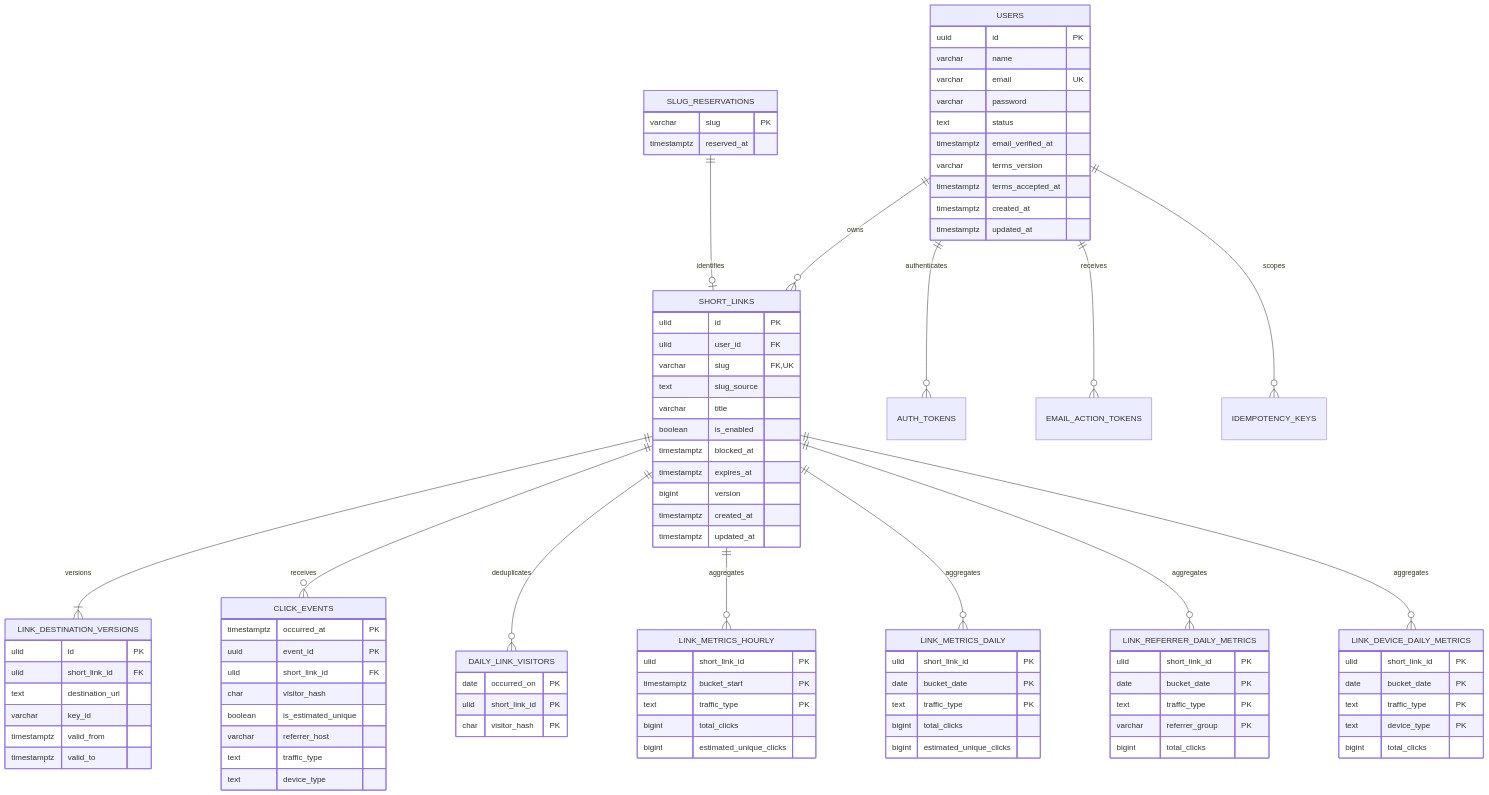
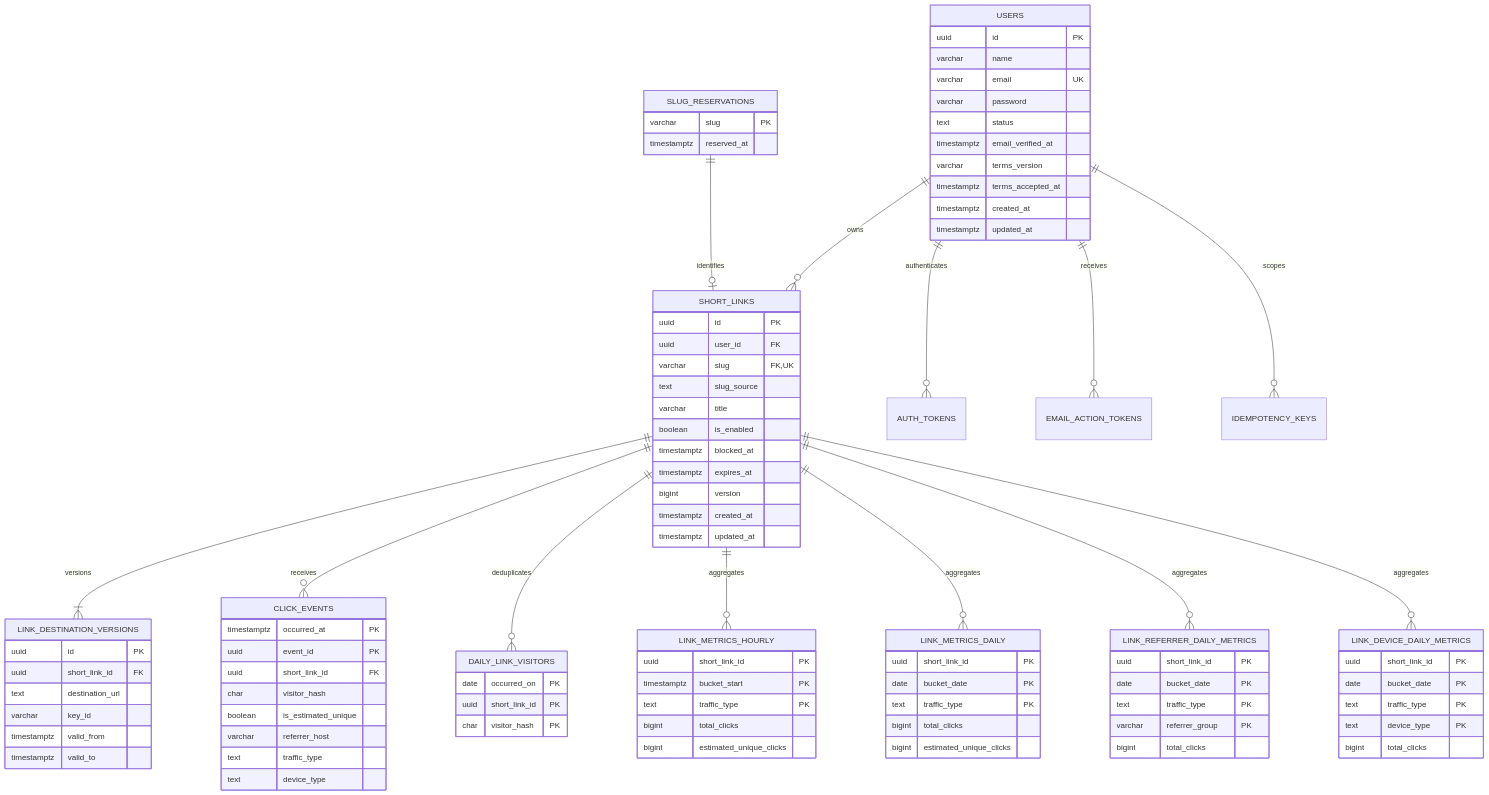
One commit to diashelter/fake-link changed the diagram in docs/data-model.md. Above: the diagram before and after it, drawn with Mermaid. The commit also changed other lines of this file and 11 other files, not shown here.

```diff
--- a/docs/data-model.md
+++ b/docs/data-model.md
@@ -48,8 +48,8 @@
     }
 
     SHORT_LINKS {
-        ulid id PK
-        ulid user_id FK
+        uuid id PK
+        uuid user_id FK
         varchar slug FK,UK
         text slug_source
         varchar title
@@ -62,8 +62,8 @@
     }
 
     LINK_DESTINATION_VERSIONS {
-        ulid id PK
-        ulid short_link_id FK
+        uuid id PK
+        uuid short_link_id FK
         text destination_url
         varchar key_id
         timestamptz valid_from
@@ -73,7 +73,7 @@
     CLICK_EVENTS {
         timestamptz occurred_at PK
         uuid event_id PK
-        ulid short_link_id FK
+        uuid short_link_id FK
         char visitor_hash
         boolean is_estimated_unique
         varchar referrer_host
@@ -83,12 +83,12 @@
 
     DAILY_LINK_VISITORS {
         date occurred_on PK
-        ulid short_link_id PK
+        uuid short_link_id PK
         char visitor_hash PK
     }
 
     LINK_METRICS_HOURLY {
-        ulid short_link_id PK
+        uuid short_link_id PK
         timestamptz bucket_start PK
         text traffic_type PK
         bigint total_clicks
@@ -96,7 +96,7 @@
     }
 
     LINK_METRICS_DAILY {
-        ulid short_link_id PK
+        uuid short_link_id PK
         date bucket_date PK
         text traffic_type PK
         bigint total_clicks
@@ -104,7 +104,7 @@
     }
 
     LINK_REFERRER_DAILY_METRICS {
-        ulid short_link_id PK
+        uuid short_link_id PK
         date bucket_date PK
         text traffic_type PK
         varchar referrer_group PK
@@ -112,7 +112,7 @@
     }
 
     LINK_DEVICE_DAILY_METRICS {
-        ulid short_link_id PK
+        uuid short_link_id PK
         date bucket_date PK
         text traffic_type PK
         text device_type PK
```
